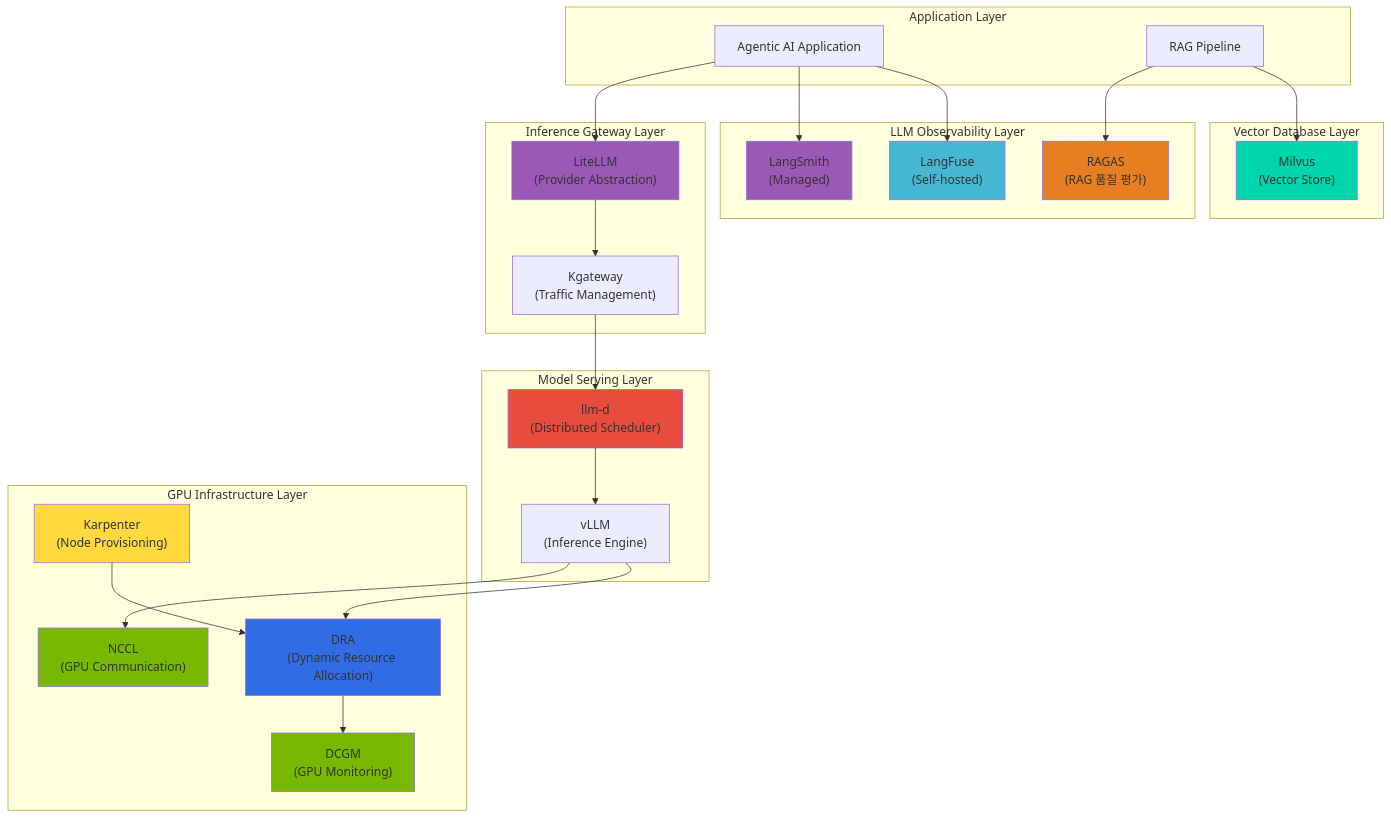
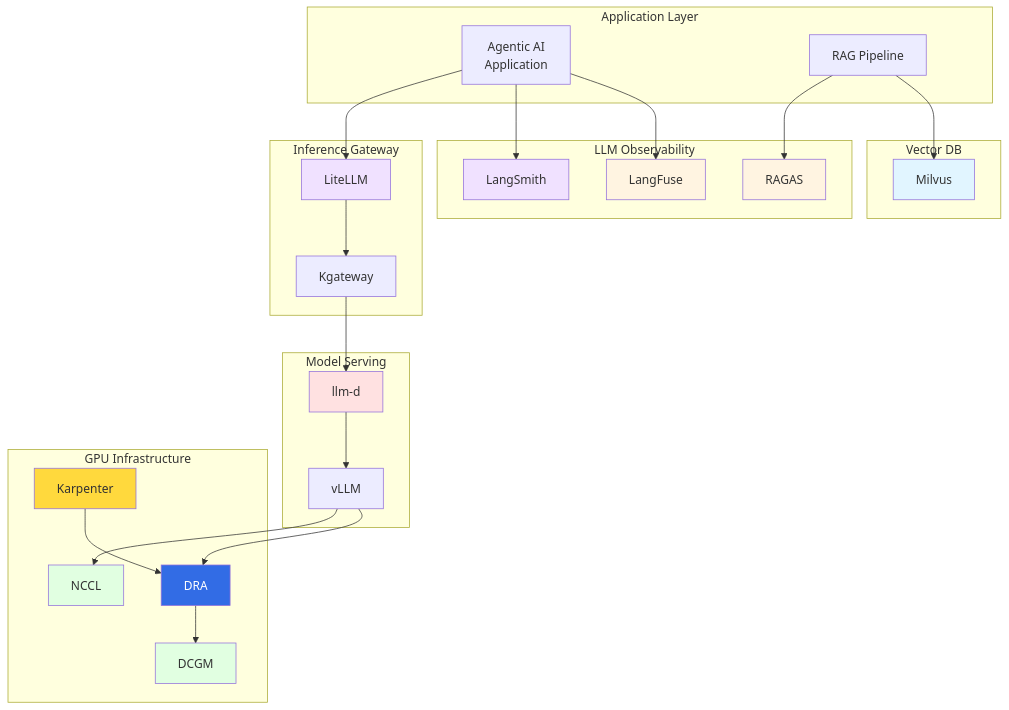
The tenth of 16 diagrams in docs/agentic-ai-platform/design-architecture/agentic-ai-challenges.md (devfloor9/engineering-playbook), drawn with Mermaid before and after one commit. The commit also changed other lines of this file and 24 other files, not shown here.

````diff
--- a/docs/agentic-ai-platform/design-architecture/agentic-ai-challenges.md
+++ b/docs/agentic-ai-platform/design-architecture/agentic-ai-challenges.md
@@ -444,57 +464,58 @@
 ```mermaid
-graph TB
-    subgraph "Application Layer"
-        AGENT["Agentic AI Application"]
+flowchart TD
+    subgraph App["Application Layer"]
+        AGENT["Agentic AI<br/>Application"]
         RAG["RAG Pipeline"]
     end
 
-    subgraph "LLM Observability Layer"
-        LF["LangFuse<br/>(Self-hosted)"]
-        LS["LangSmith<br/>(Managed)"]
-        RAGAS["RAGAS<br/>(RAG 품질 평가)"]
+    subgraph ObsLayer["LLM Observability"]
+        LF["LangFuse"]
+        LS["LangSmith"]
+        RAGAS["RAGAS"]
     end
 
-    subgraph "Inference Gateway Layer"
-        LITE["LiteLLM<br/>(Provider Abstraction)"]
-        KGW["Kgateway<br/>(Traffic Management)"]
+    subgraph GatewayLayer["Inference Gateway"]
+        LITE["LiteLLM"]
+        KGW["Kgateway"]
     end
 
-    subgraph "Model Serving Layer"
-        LLMD["llm-d<br/>(Distributed Scheduler)"]
-        VLLM["vLLM<br/>(Inference Engine)"]
+    subgraph ServingLayer["Model Serving"]
+        LLMD["llm-d"]
+        VLLM["vLLM"]
     end
 
-    subgraph "Vector Database Layer"
-        MILVUS["Milvus<br/>(Vector Store)"]
+    subgraph VectorDB["Vector DB"]
+        MILVUS["Milvus"]
     end
 
-    subgraph "GPU Infrastructure Layer"
-        DRA["DRA<br/>(Dynamic Resource Allocation)"]
-        DCGM["DCGM<br/>(GPU Monitoring)"]
-        NCCL["NCCL<br/>(GPU Communication)"]
-        KARP["Karpenter<br/>(Node Provisioning)"]
+    subgraph GPUInfra["GPU Infrastructure"]
+        DRA["DRA"]
+        DCGM["DCGM"]
+        NCCL["NCCL"]
+        KARP["Karpenter"]
     end
 
-    AGENT --> LF & LS
+    AGENT --> LF
+    AGENT --> LS
     AGENT --> LITE
     RAG --> MILVUS
     RAG --> RAGAS
     LITE --> KGW
     KGW --> LLMD
     LLMD --> VLLM
     VLLM --> DRA
     DRA --> DCGM
     VLLM --> NCCL
     KARP --> DRA
 
-    style LF fill:#45b7d1
-    style LS fill:#9b59b6
-    style RAGAS fill:#e67e22
-    style LITE fill:#9b59b6
-    style LLMD fill:#e74c3c
-    style MILVUS fill:#00d4aa
-    style DRA fill:#326ce5
-    style DCGM fill:#76b900
-    style NCCL fill:#76b900
+    style LF fill:#fff4e1
+    style LS fill:#f0e1ff
+    style RAGAS fill:#fff4e1
+    style LITE fill:#f0e1ff
+    style LLMD fill:#ffe1e1
+    style MILVUS fill:#e1f5ff
+    style DRA fill:#326ce5,color:#fff
+    style DCGM fill:#e1ffe1
+    style NCCL fill:#e1ffe1
     style KARP fill:#ffd93d
 ```
````
